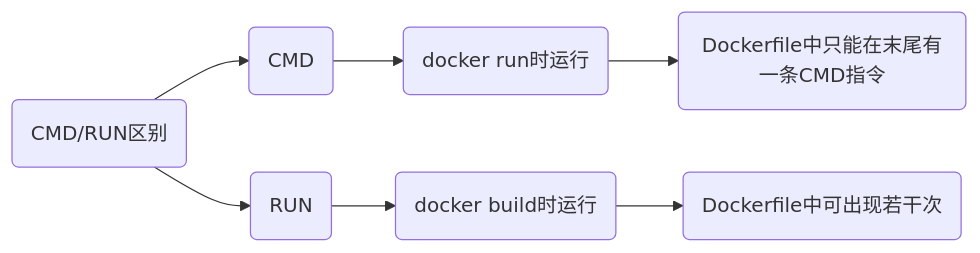
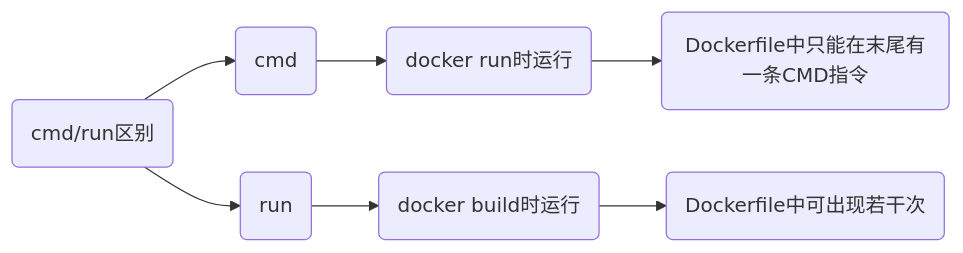
One commit to dmjcb/dmjcb.github.io changed the diagram in _posts/Docker/2024-08-27-Dockerfile.md. Above: the diagram before and after it, drawn with Mermaid. The commit also changed other lines of this file and 74 other files, not shown here.

````diff
--- a/_posts/Docker/2024-08-27-Dockerfile.md
+++ b/_posts/Docker/2024-08-27-Dockerfile.md
@@ -67,6 +67,6 @@
 ```mermaid
 graph LR;
-    X(CMD/RUN区别)
-    X --> A(CMD) --> A1(docker run时运行) --> A2(Dockerfile中只能在末尾有一条CMD指令)
-    X --> B(RUN) --> B1(docker build时运行) --> B2(Dockerfile中可出现若干次)
+    X(cmd/run区别)
+    X --> A(cmd) --> A1(docker run时运行) --> A2(Dockerfile中只能在末尾有一条CMD指令)
+    X --> B(run) --> B1(docker build时运行) --> B2(Dockerfile中可出现若干次)
 ```
````
